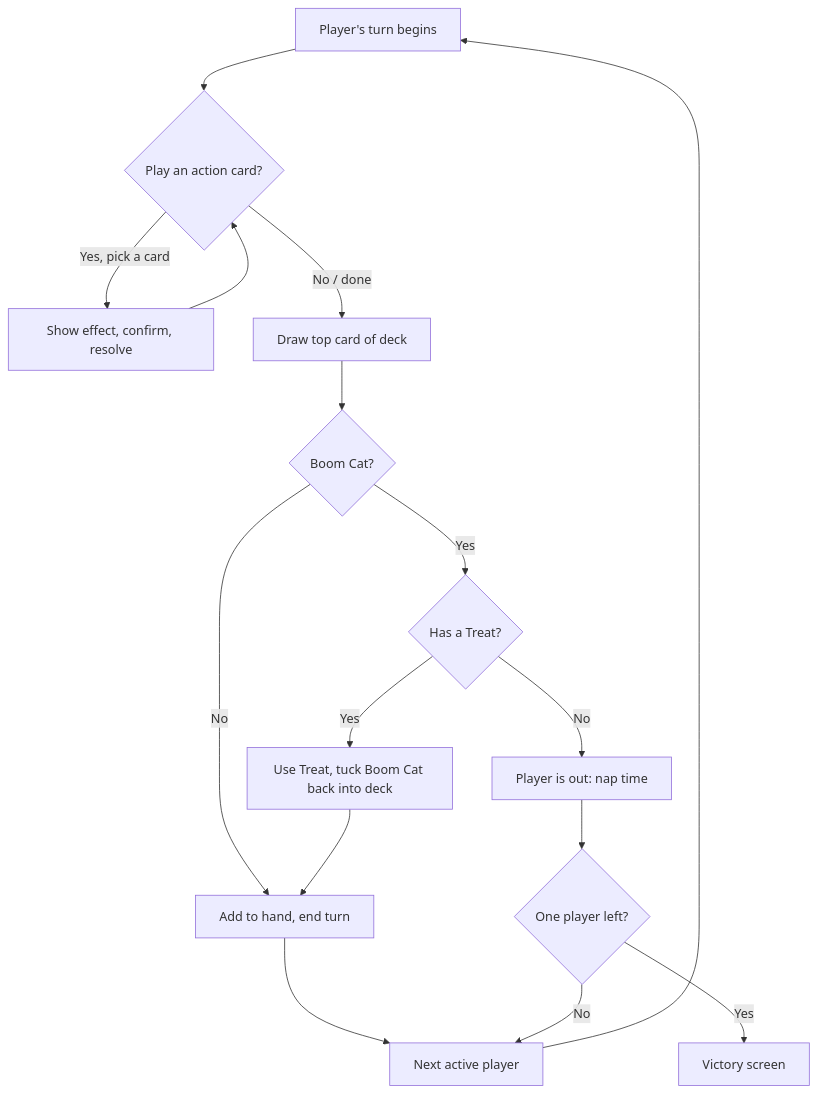
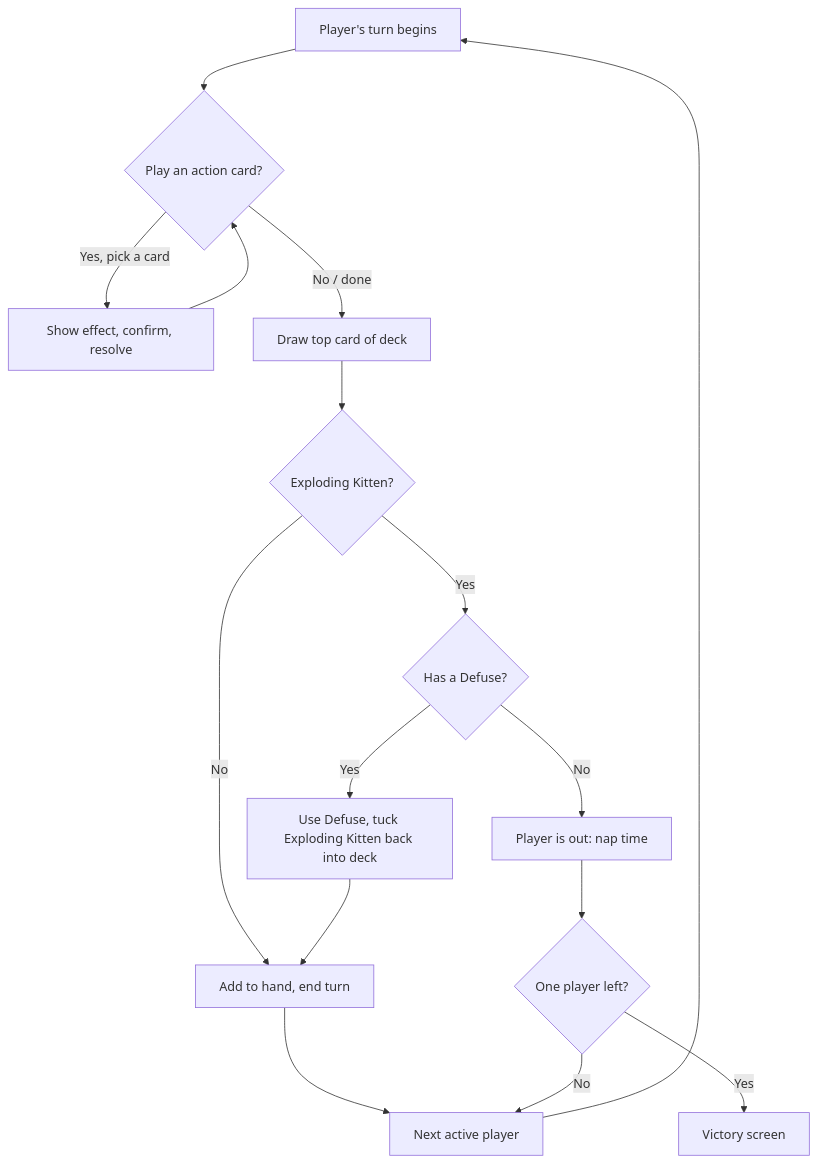
One commit to haima24/ExplodingKitten changed the second of 3 diagrams in working-artifacts/product-brief.md. Above: the diagram before and after it, drawn with Mermaid. The commit also changed other lines of this file and 103 other files, not shown here.

````diff
--- a/working-artifacts/product-brief.md
+++ b/working-artifacts/product-brief.md
@@ -175,18 +175,18 @@
 ```mermaid
 flowchart TD
     A[Player's turn begins] --> B{Play an action card?}
     B -- Yes, pick a card --> C[Show effect, confirm, resolve]
     C --> B
     B -- No / done --> D[Draw top card of deck]
-    D --> E{Boom Cat?}
+    D --> E{Exploding Kitten?}
     E -- No --> F[Add to hand, end turn]
-    E -- Yes --> G{Has a Treat?}
-    G -- Yes --> H[Use Treat, tuck Boom Cat back into deck]
+    E -- Yes --> G{Has a Defuse?}
+    G -- Yes --> H[Use Defuse, tuck Exploding Kitten back into deck]
     H --> F
     G -- No --> I[Player is out: nap time]
     I --> J{One player left?}
     F --> K[Next active player]
     J -- No --> K
     J -- Yes --> L[Victory screen]
     K --> A
 ```
````
